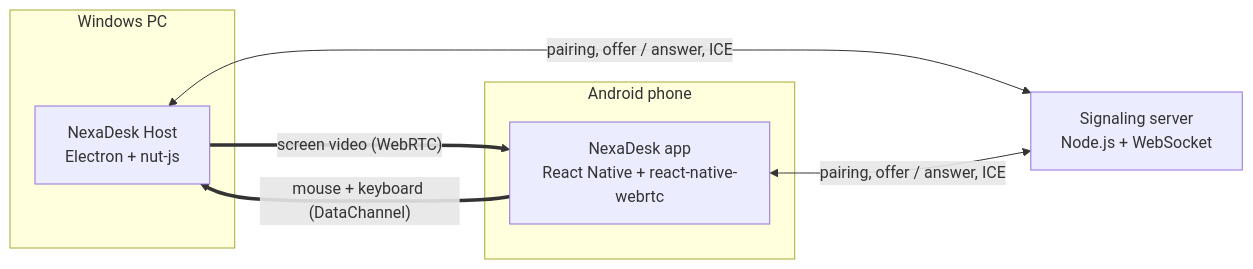
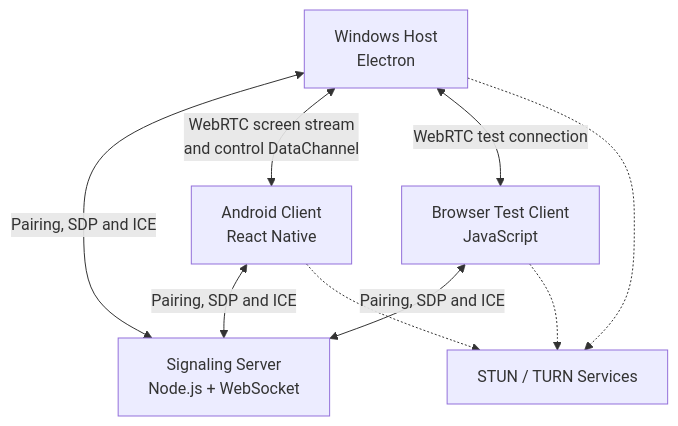
The diagram in README.md (kavyakansagara933-cloud/Nexadesk), drawn with Mermaid before and after one commit. The commit also changed other lines of this file, not shown here.

````diff
--- a/README.md
+++ b/README.md
@@ -21,15 +91,19 @@
 ```mermaid
-flowchart LR
-    subgraph PC["Windows PC"]
-        H["NexaDesk Host<br/>Electron + nut-js"]
-    end
-    subgraph Phone["Android phone"]
-        A["NexaDesk app<br/>React Native + react-native-webrtc"]
-    end
-    S["Signaling server<br/>Node.js + WebSocket"]
+flowchart TD
+    H["Windows Host<br/>Electron"]
+    A["Android Client<br/>React Native"]
+    B["Browser Test Client<br/>JavaScript"]
+    S["Signaling Server<br/>Node.js + WebSocket"]
+    I["STUN / TURN Services"]
+    
+    H <-->|"Pairing, SDP and ICE"| S
+    A <-->|"Pairing, SDP and ICE"| S
+    B <-->|"Pairing, SDP and ICE"| S
 
-    H <-->|"pairing, offer / answer, ICE"| S
-    A <-->|"pairing, offer / answer, ICE"| S
-    H ==>|"screen video (WebRTC)"| A
-    A ==>|"mouse + keyboard (DataChannel)"| H
+    H <-->|"WebRTC screen stream<br/>and control DataChannel"| A
+    H <-->|"WebRTC test connection"| B
+
+    H -.-> I
+    A -.-> I
+    B -.-> I
 ```
````
